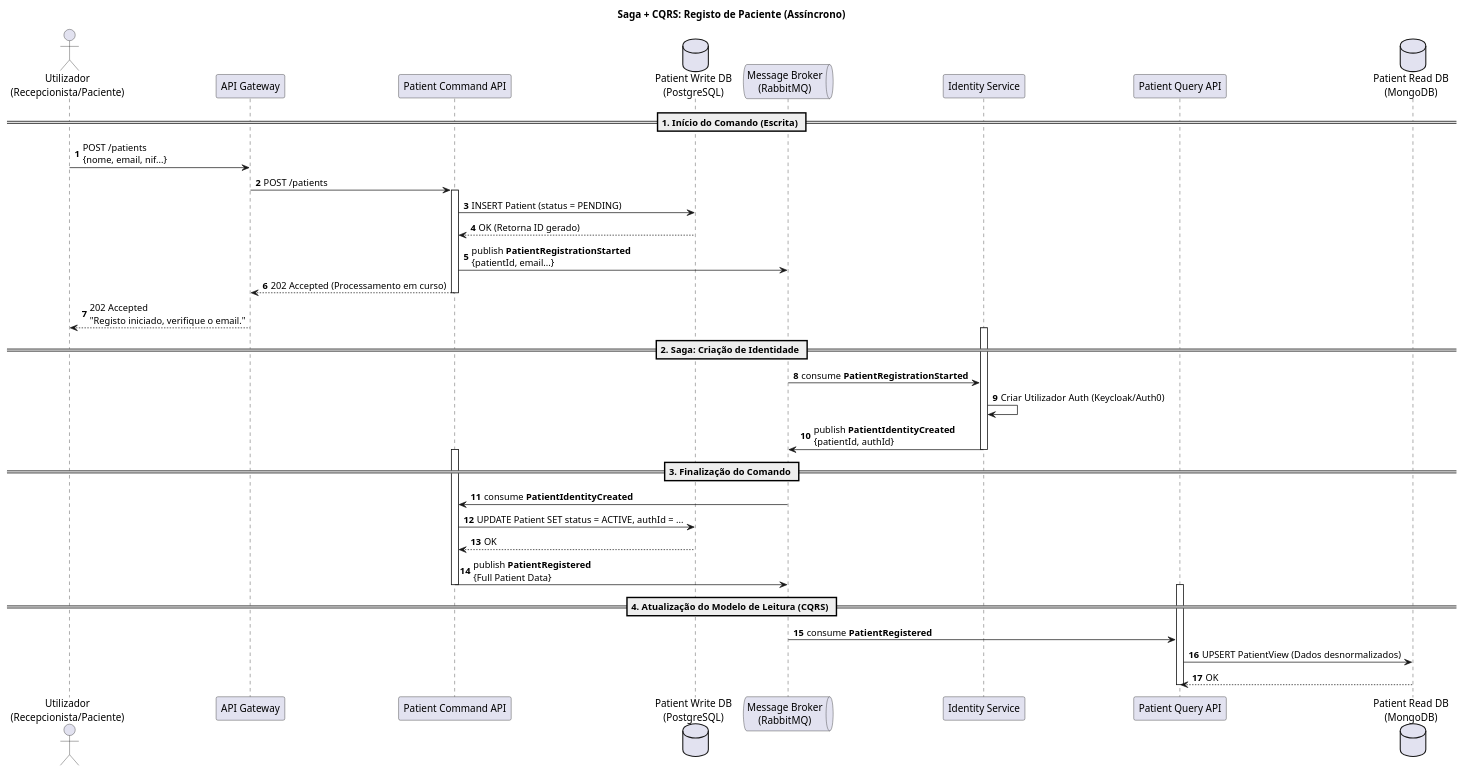
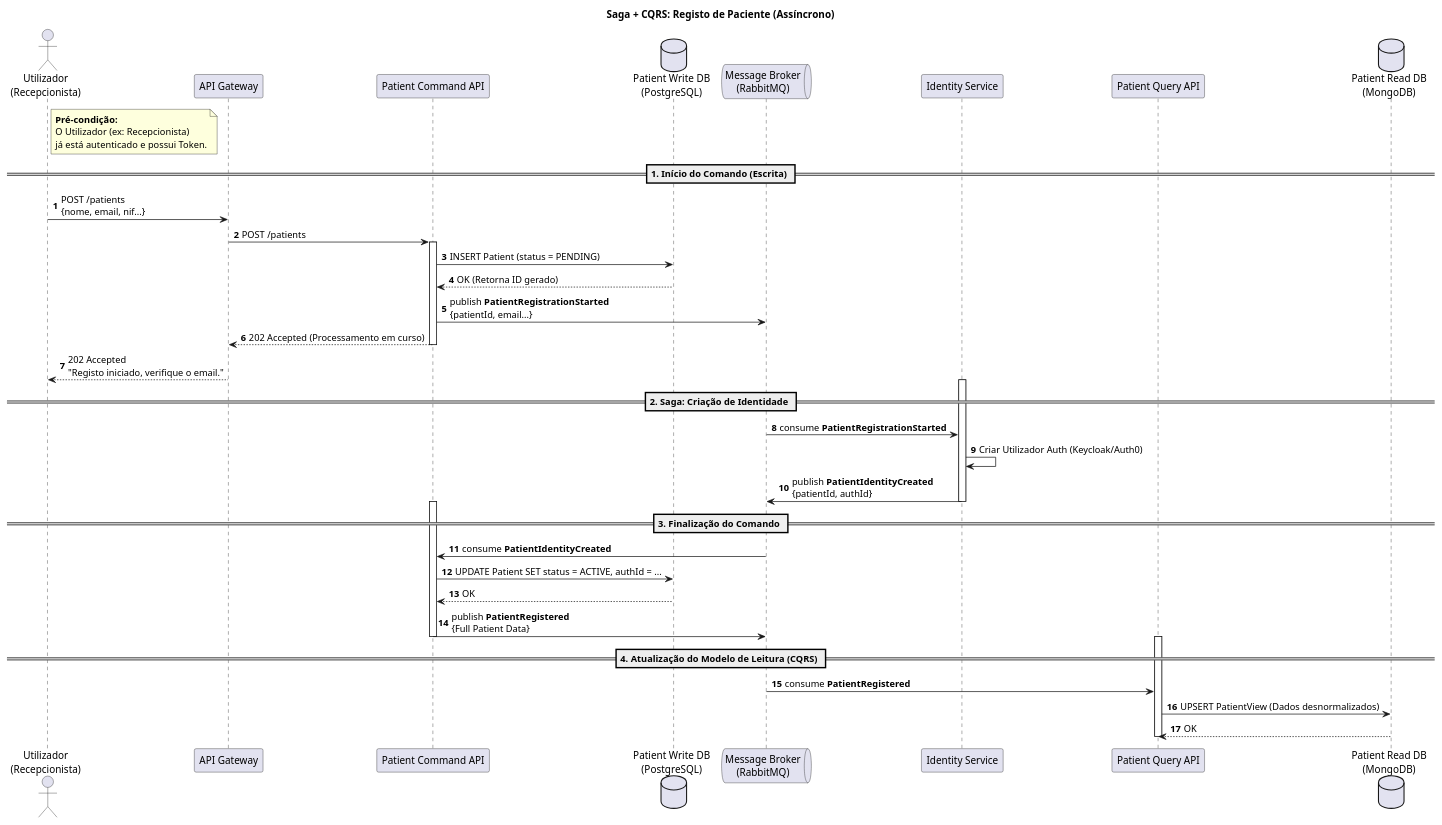
The diagram in docs/2_entrega/Sequence Diagram/Diagrama de Sequencia - Registar Paciente.puml (Parafita123/LETI_SIDIS_3DA_2), drawn with PlantUML before and after one commit. The commit also changed 6 other files, not shown here.

Commit message:
Finalização dos diagramas

```diff
--- a/docs/2_entrega/Sequence Diagram/Diagrama de Sequencia - Registar Paciente.puml
+++ b/docs/2_entrega/Sequence Diagram/Diagrama de Sequencia - Registar Paciente.puml
@@ -1,58 +1,64 @@
 @startuml
 title Saga + CQRS: Registo de Paciente (Assíncrono)
 
-actor "Utilizador\n(Recepcionista/Paciente)" as User
+actor "Utilizador\n(Recepcionista)" as User
 participant "API Gateway" as Gateway
 participant "Patient Command API" as PatCmd
 database "Patient Write DB\n(PostgreSQL)" as WDB
 queue "Message Broker\n(RabbitMQ)" as Broker
 participant "Identity Service" as IdentitySvc
 participant "Patient Query API" as PatQuery
 database "Patient Read DB\n(MongoDB)" as RDB
 
 autonumber
+
+note right of User
+  **Pré-condição:**
+  O Utilizador (ex: Recepcionista)
+  já está autenticado e possui Token.
+end note
 
 == 1. Início do Comando (Escrita) ==
 
 User -> Gateway : POST /patients\n{nome, email, nif...}
 Gateway -> PatCmd : POST /patients
 
 activate PatCmd
 
     PatCmd -> WDB : INSERT Patient (status = PENDING)
     WDB --> PatCmd : OK (Retorna ID gerado)
 
     PatCmd -> Broker : publish **PatientRegistrationStarted**\n{patientId, email...}
 
     PatCmd --> Gateway : 202 Accepted (Processamento em curso)
 deactivate PatCmd
 
 Gateway --> User : 202 Accepted\n"Registo iniciado, verifique o email."
 
 == 2. Saga: Criação de Identidade ==
 
 activate IdentitySvc
     Broker -> IdentitySvc : consume **PatientRegistrationStarted**
     IdentitySvc -> IdentitySvc : Criar Utilizador Auth (Keycloak/Auth0)
     IdentitySvc -> Broker : publish **PatientIdentityCreated**\n{patientId, authId}
 deactivate IdentitySvc
 
 == 3. Finalização do Comando ==
 
 activate PatCmd
     Broker -> PatCmd : consume **PatientIdentityCreated**
     PatCmd -> WDB : UPDATE Patient SET status = ACTIVE, authId = ...
     WDB --> PatCmd : OK
 
     PatCmd -> Broker : publish **PatientRegistered**\n{Full Patient Data}
 deactivate PatCmd
 
 == 4. Atualização do Modelo de Leitura (CQRS) ==
 
 activate PatQuery
     Broker -> PatQuery : consume **PatientRegistered**
     PatQuery -> RDB : UPSERT PatientView (Dados desnormalizados)
     RDB --> PatQuery : OK
 deactivate PatQuery
 
 @enduml
```
